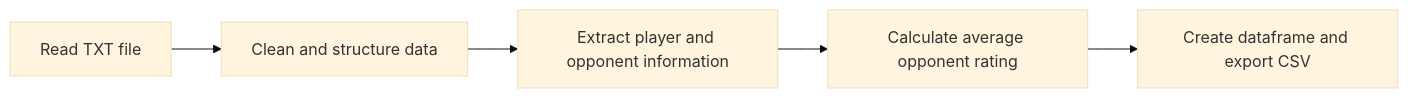
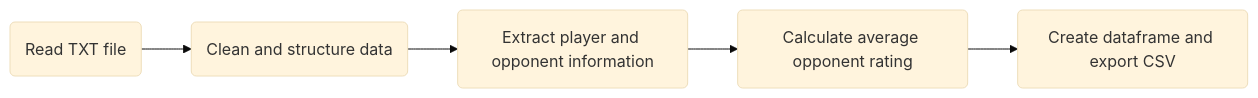
Before and after one commit to antristesse/DATA607: the diagram in project1/project1.qmd, drawn with Mermaid (base theme). The commit also changed other lines of this file and 1 other file, not shown here.

````diff
--- a/project1/project1.qmd
+++ b/project1/project1.qmd
@@ -25,7 +25,7 @@
 ```{mermaid}
 flowchart LR
-    A[Read TXT file] --> B[Clean and structure data]
-    B --> C[Extract player and opponent information]
-    C --> D[Calculate average opponent rating]
-    D --> E[Create dataframe and export CSV]
+    A(Read TXT file) --> B(Clean and structure data)
+    B --> C(Extract player and opponent information)
+    C --> D(Calculate average opponent rating)
+    D --> E(Create dataframe and export CSV)
 ```
````
